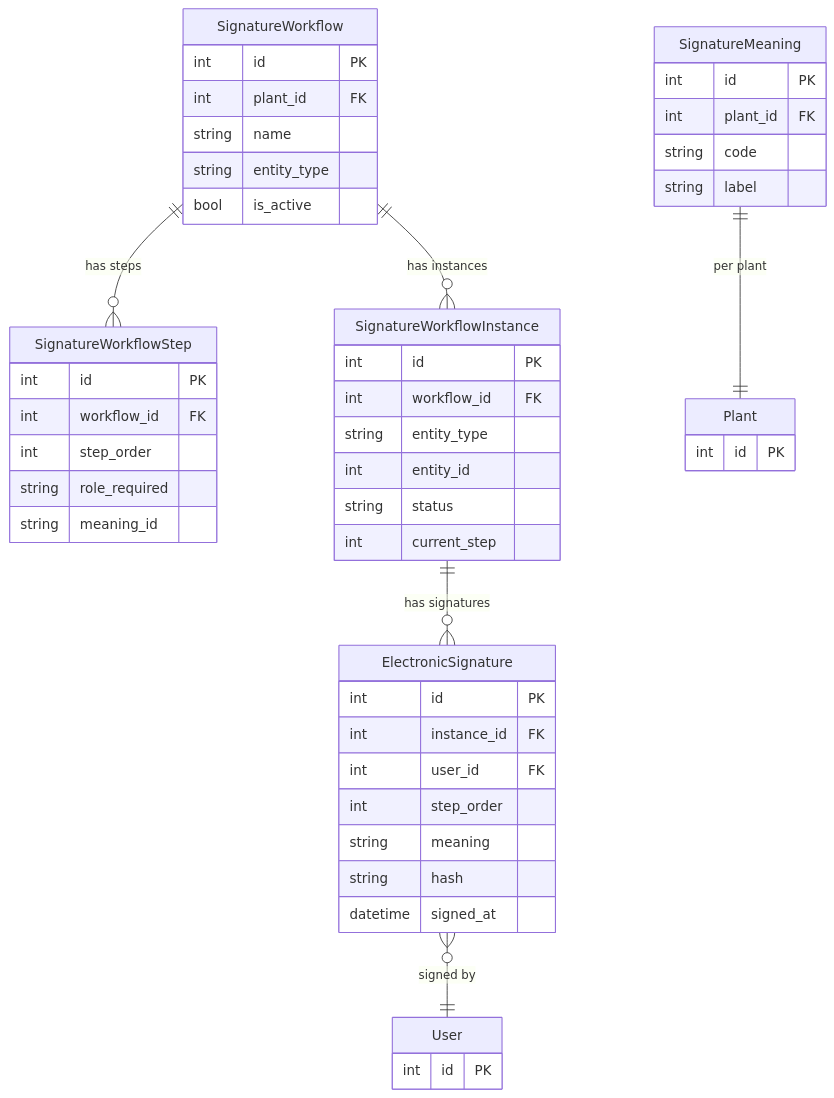
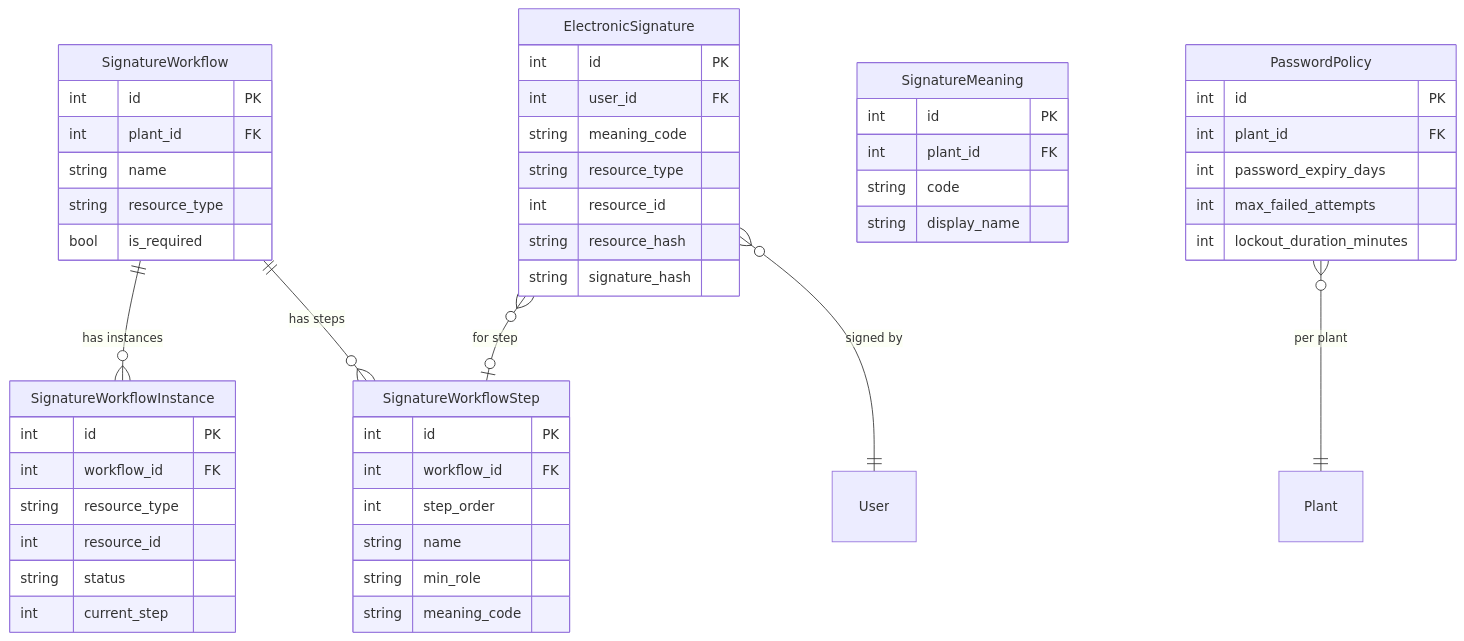
One commit to saturnis-io/cassini changed the second of 2 diagrams in .knowledge/features/signatures.md. Above: the diagram before and after it, drawn with Mermaid. The commit also changed other lines of this file and 16 other files, not shown here.

First line of the commit message:
knowledge-graph: regenerate

````diff
--- a/.knowledge/features/signatures.md
+++ b/.knowledge/features/signatures.md
@@ -28,51 +27,53 @@
 ```mermaid
 erDiagram
     SignatureWorkflow ||--o{ SignatureWorkflowStep : "has steps"
     SignatureWorkflow ||--o{ SignatureWorkflowInstance : "has instances"
-    SignatureWorkflowInstance ||--o{ ElectronicSignature : "has signatures"
-    ElectronicSignature }o--|| User : "signed by"
-    SignatureMeaning ||--|| Plant : "per plant"
     SignatureWorkflow {
         int id PK
         int plant_id FK
         string name
-        string entity_type
-        bool is_active
+        string resource_type
+        bool is_required
     }
     SignatureWorkflowStep {
         int id PK
         int workflow_id FK
         int step_order
-        string role_required
-        string meaning_id
+        string name
+        string min_role
+        string meaning_code
     }
     SignatureWorkflowInstance {
         int id PK
         int workflow_id FK
-        string entity_type
-        int entity_id
+        string resource_type
+        int resource_id
         string status
         int current_step
     }
     ElectronicSignature {
         int id PK
-        int instance_id FK
         int user_id FK
-        int step_order
-        string meaning
-        string hash
-        datetime signed_at
+        string meaning_code
+        string resource_type
+        int resource_id
+        string resource_hash
+        string signature_hash
     }
+    ElectronicSignature }o--|| User : "signed by"
+    ElectronicSignature }o--o| SignatureWorkflowStep : "for step"
     SignatureMeaning {
         int id PK
         int plant_id FK
         string code
-        string label
+        string display_name
     }
-    User {
+    PasswordPolicy {
         int id PK
+        int plant_id FK
+        int password_expiry_days
+        int max_failed_attempts
+        int lockout_duration_minutes
     }
-    Plant {
-        int id PK
-    }
+    PasswordPolicy }o--|| Plant : "per plant"
 ```
````
